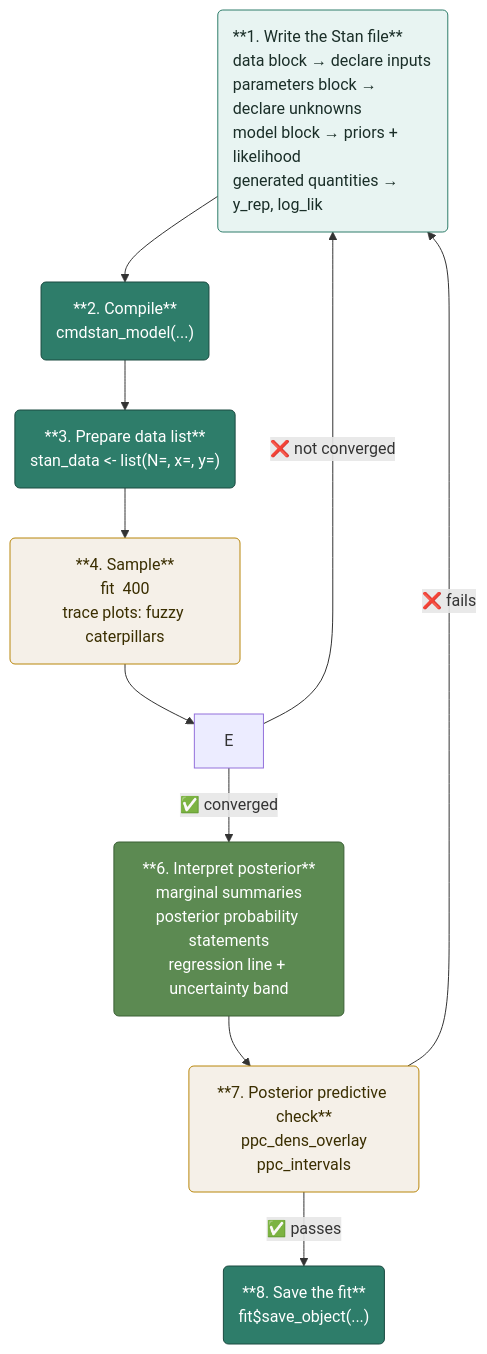
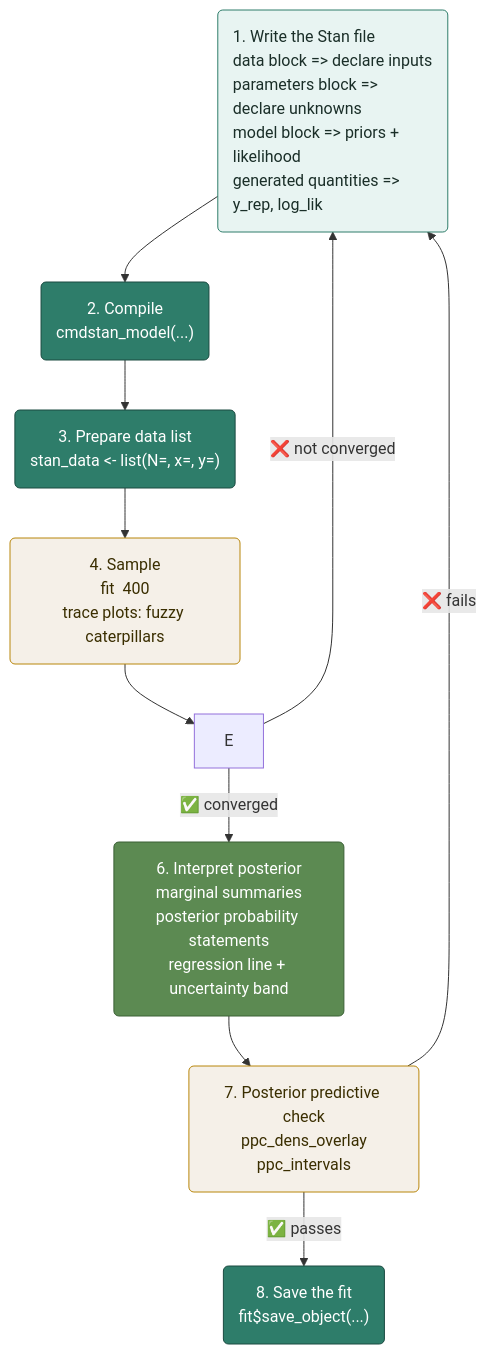
Before and after one commit to Ebedthan/stan-handbook: the diagram in chapters/04-simple-linear-regression.qmd, drawn with Mermaid. The commit also changed other lines of this file and 107 other files, not shown here.

````diff
--- a/chapters/04-simple-linear-regression.qmd
+++ b/chapters/04-simple-linear-regression.qmd
@@ -727,25 +631,25 @@
 ```{mermaid}
 %%| fig-cap: "The complete Stan modelling workflow. Steps with a feedback arrow back to step 1 indicate situations that require revisiting the model specification: convergence failure (step 5) or a failing posterior predictive check (step 7)."
 %%| cache: true
 %%| label: fig-linear-wklfw
 flowchart TD
-    A("**1. Write the Stan file**\ndata block → declare inputs\nparameters block → declare unknowns\nmodel block → priors + likelihood\ngenerated quantities → y_rep, log_lik"):::write
-    B("**2. Compile**\ncmdstan_model(...)"):::code
-    C("**3. Prepare data list**\nstan_data <- list(N=, x=, y=)"):::code
-    D("**4. Sample**\nfit  400\ntrace plots: fuzzy caterpillars"):::check
-    F("**6. Interpret posterior**\nmarginal summaries\nposterior probability statements\nregression line + uncertainty band"):::interpret
-    G("**7. Posterior predictive check**\nppc_dens_overlay\nppc_intervals"):::check
-    H("**8. Save the fit**\nfit$save_object(...)"):::code
+    A("1. Write the Stan file\ndata block => declare inputs\nparameters block => declare unknowns\nmodel block => priors + likelihood\ngenerated quantities => y_rep, log_lik"):::write
+    B("2. Compile\ncmdstan_model(...)"):::code
+    C("3. Prepare data list\nstan_data <- list(N=, x=, y=)"):::code
+    D("4. Sample\nfit  400\ntrace plots: fuzzy caterpillars"):::check
+    F("6. Interpret posterior\nmarginal summaries\nposterior probability statements\nregression line + uncertainty band"):::interpret
+    G("7. Posterior predictive check\nppc_dens_overlay\nppc_intervals"):::check
+    H("8. Save the fit\nfit$save_object(...)"):::code
 
     A --> B --> C --> D --> E
     E -->|"✅ converged"| F
     E -->|"❌ not converged"| A
     F --> G
     G -->|"✅ passes"| H
     G -->|"❌ fails"| A
 
     classDef write     fill:#e8f4f2,stroke:#2e7d6a,color:#1a2e28,text-align:left
     classDef code      fill:#2e7d6a,stroke:#1a4a40,color:#ffffff
     classDef check     fill:#f5f0e8,stroke:#b8860b,color:#3a2e00
     classDef interpret fill:#5c8a52,stroke:#3a6035,color:#ffffff
 ```
````
